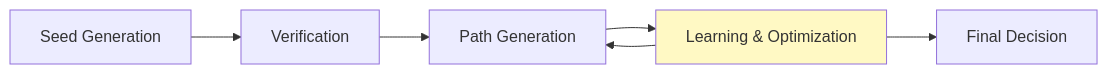
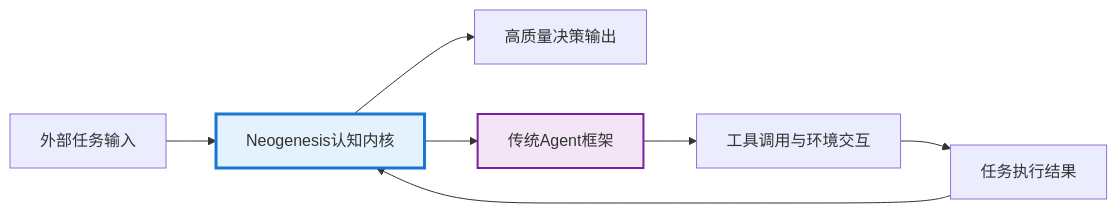
The first of 3 diagrams in README.md (oceanusXXD/Neosgenesis), drawn with Mermaid before and after one commit. The commit also changed other lines of this file and 1 other file, not shown here.

````diff
--- a/README.md
+++ b/README.md
@@ -40,9 +52,12 @@
 ```mermaid
 graph LR
-    A[Seed Generation] --> B[Verification] 
-    B --> C[Path Generation] 
-    C --> D[Learning & Optimization]
-    D --> E[Final Decision]
-    D --> C
-    style D fill:#fff9c4
+    A[外部任务输入] --> B[Neogenesis认知内核]
+    B --> C[高质量决策输出]
+    B --> D[传统Agent框架]
+    D --> E[工具调用与环境交互]
+    E --> F[任务执行结果]
+    F --> B
+    
+    style B fill:#e3f2fd,stroke:#1976d2,stroke-width:3px
+    style D fill:#f3e5f5,stroke:#7b1fa2,stroke-width:2px
 ```
````
